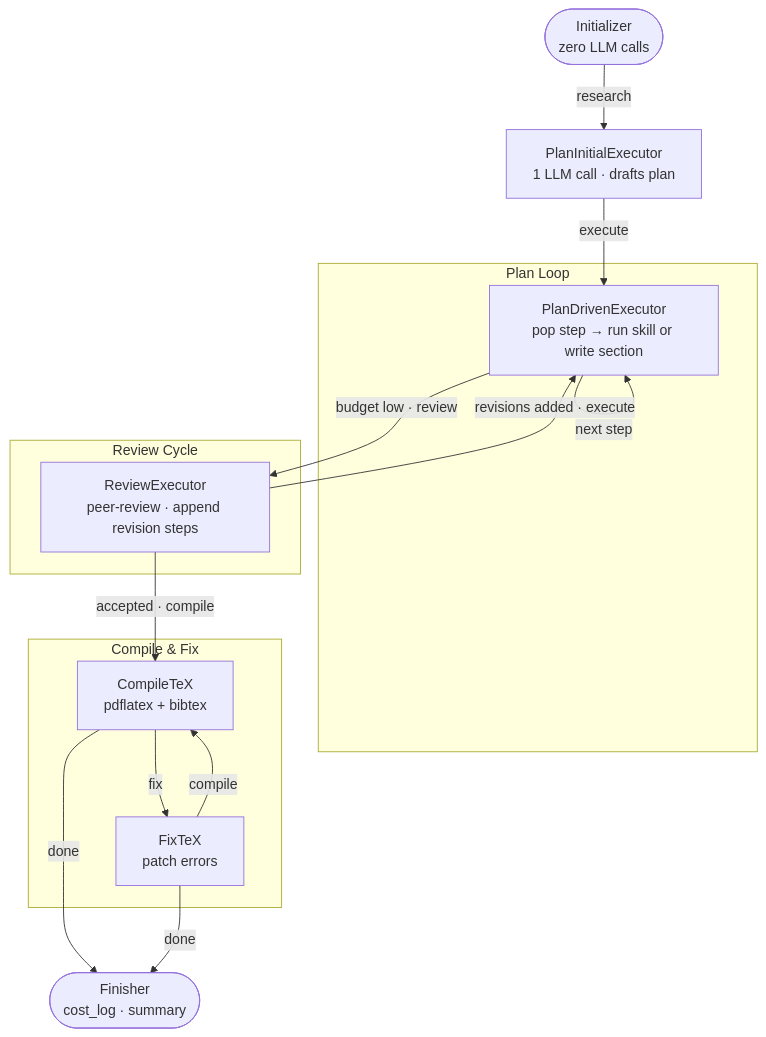
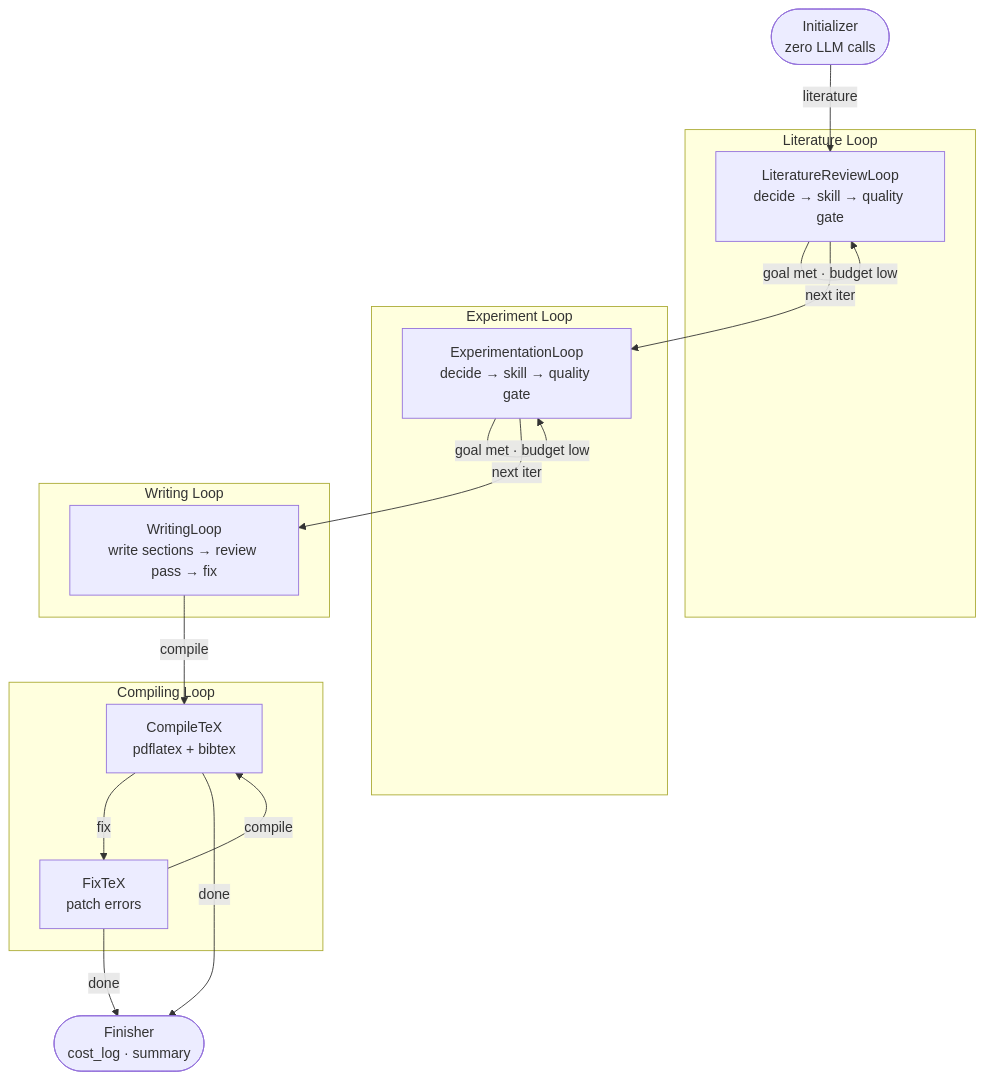
Before and after one commit to AI4Scientist/nanoscientist: the diagram in README.md, drawn with Mermaid. The commit also changed other lines of this file and 4 other files, not shown here.

````diff
--- a/README.md
+++ b/README.md
@@ -49,30 +50,34 @@
 ```mermaid
 flowchart TD
-    I([Initializer\nzero LLM calls]) -->|research| PL[PlanInitialExecutor\n1 LLM call · drafts plan]
+    I([Initializer\nzero LLM calls]) -->|literature| LIT
 
-    PL -->|execute| EX
-
-    subgraph EXEC["  Plan Loop  "]
-        EX[PlanDrivenExecutor\npop step → run skill or write section]
-        EX -->|"next step"| EX
+    subgraph LIT_LOOP["  Literature Loop  "]
+        LIT[LiteratureReviewLoop\ndecide → skill → quality gate]
+        LIT -->|"next iter"| LIT
     end
 
-    EX -->|"budget low · review"| RV
+    LIT -->|"goal met · budget low"| EXP
 
-    subgraph REVIEW["  Review Cycle  "]
-        RV[ReviewExecutor\npeer-review · append revision steps]
+    subgraph EXP_LOOP["  Experiment Loop  "]
+        EXP[ExperimentationLoop\ndecide → skill → quality gate]
+        EXP -->|"next iter"| EXP
     end
 
-    RV -->|"revisions added · execute"| EX
-    RV -->|"accepted · compile"| CT
+    EXP -->|"goal met · budget low"| WR
 
-    subgraph COMPILE["  Compile & Fix  "]
+    subgraph WRITE_LOOP["  Writing Loop  "]
+        WR[WritingLoop\nwrite sections → review pass → fix]
+    end
+
+    WR -->|compile| CT
+
+    subgraph COMPILE["  Compiling Loop  "]
         CT[CompileTeX\npdflatex + bibtex]
         FT[FixTeX\npatch errors]
         CT -->|fix| FT
         FT -->|compile| CT
     end
 
     CT -->|done| F([Finisher\ncost_log · summary])
     FT -->|done| F
 ```
````
